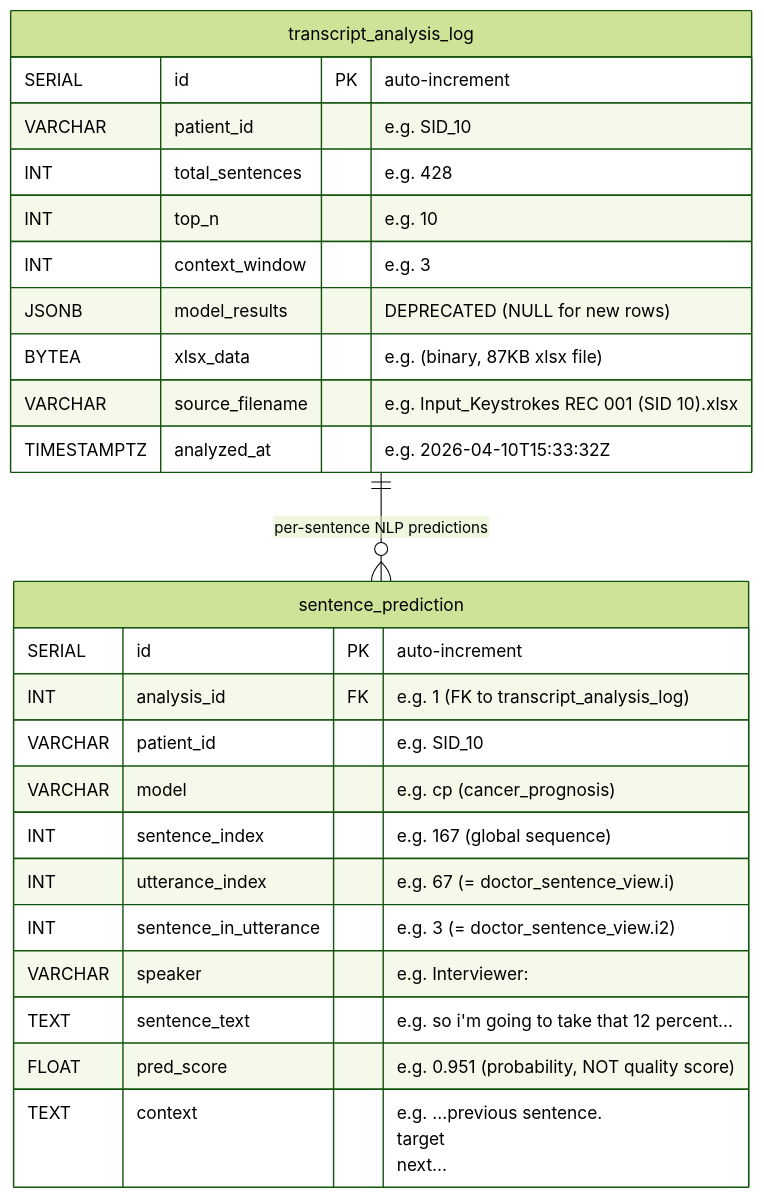
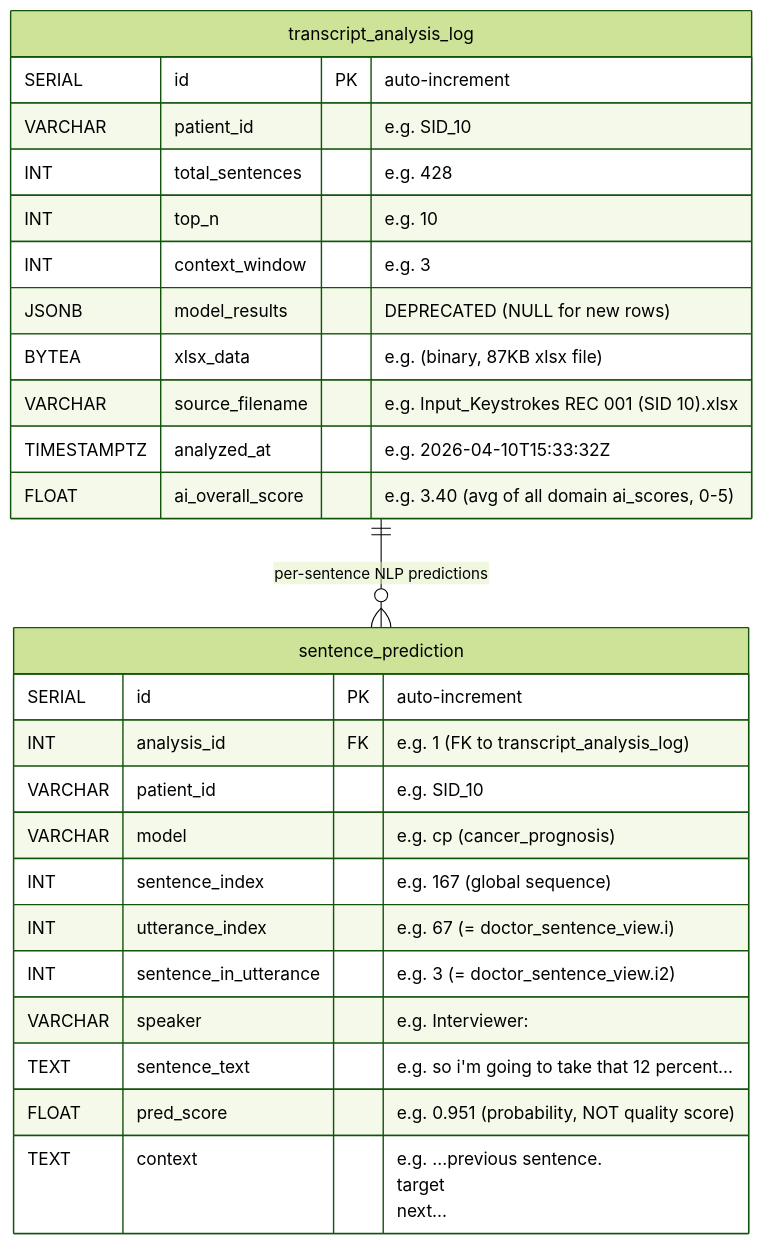
Before and after one commit to HyunjunA/Prostate_cancer_consultation: the third of 6 diagrams in app/Backend/patient_doctor_interface_erd_v3_en.md, drawn with Mermaid (forest theme). The commit also changed other lines of this file and 1 other file, not shown here.

First line of the commit message:
docs: update ERD v3 and schema to match actual implementation

````diff
--- a/app/Backend/patient_doctor_interface_erd_v3_en.md
+++ b/app/Backend/patient_doctor_interface_erd_v3_en.md
@@ -78,30 +78,31 @@
 ```mermaid
 erDiagram
     transcript_analysis_log {
         SERIAL id PK "auto-increment"
         VARCHAR patient_id "e.g. SID_10"
         INT total_sentences "e.g. 428"
         INT top_n "e.g. 10"
         INT context_window "e.g. 3"
         JSONB model_results "DEPRECATED (NULL for new rows)"
         BYTEA xlsx_data "e.g. (binary, 87KB xlsx file)"
         VARCHAR source_filename "e.g. Input_Keystrokes REC 001 (SID 10).xlsx"
         TIMESTAMPTZ analyzed_at "e.g. 2026-04-10T15:33:32Z"
+        FLOAT ai_overall_score "e.g. 3.40 (avg of all domain ai_scores, 0-5)"
     }
 
     sentence_prediction {
         SERIAL id PK "auto-increment"
         INT analysis_id FK "e.g. 1 (FK to transcript_analysis_log)"
         VARCHAR patient_id "e.g. SID_10"
         VARCHAR model "e.g. cp (cancer_prognosis)"
         INT sentence_index "e.g. 167 (global sequence)"
         INT utterance_index "e.g. 67 (= doctor_sentence_view.i)"
         INT sentence_in_utterance "e.g. 3 (= doctor_sentence_view.i2)"
         VARCHAR speaker "e.g. Interviewer:"
         TEXT sentence_text "e.g. so i'm going to take that 12 percent..."
         FLOAT pred_score "e.g. 0.951 (probability, NOT quality score)"
         TEXT context "e.g. ...previous sentence. <main>target</main> next..."
     }
 
     transcript_analysis_log ||--o{ sentence_prediction : "per-sentence NLP predictions"
 ```
````
